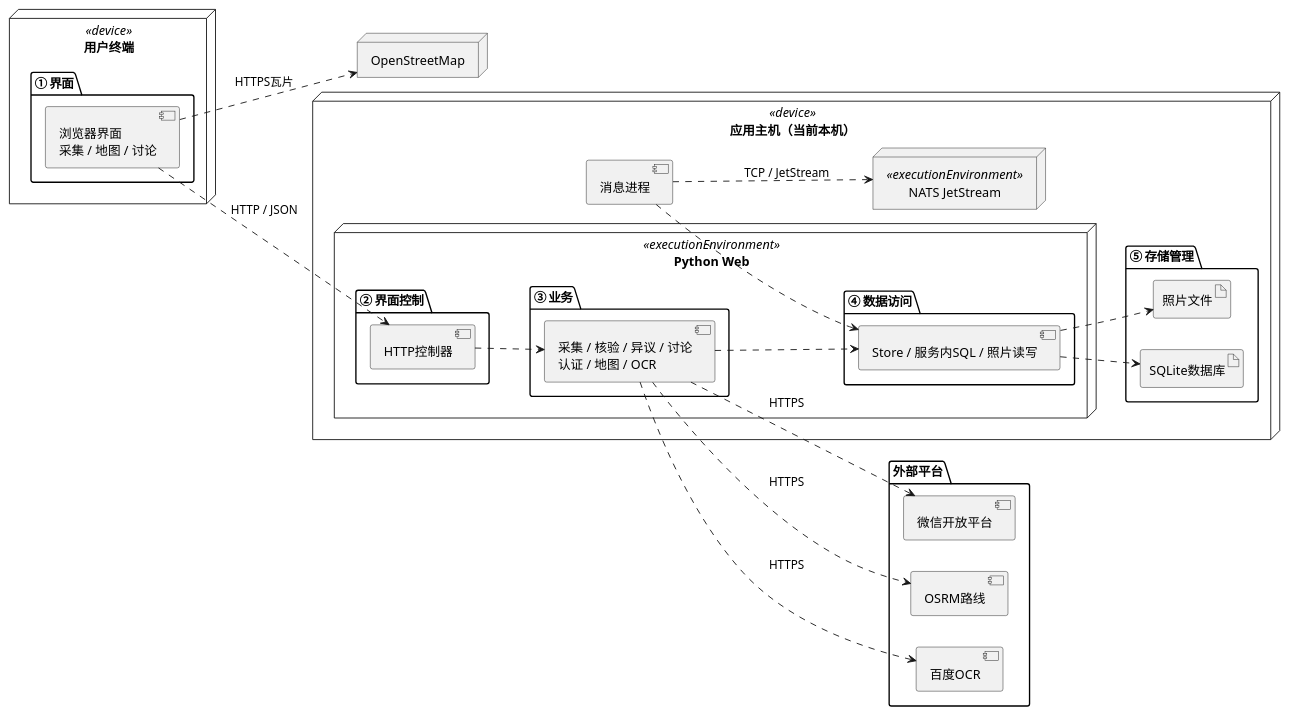
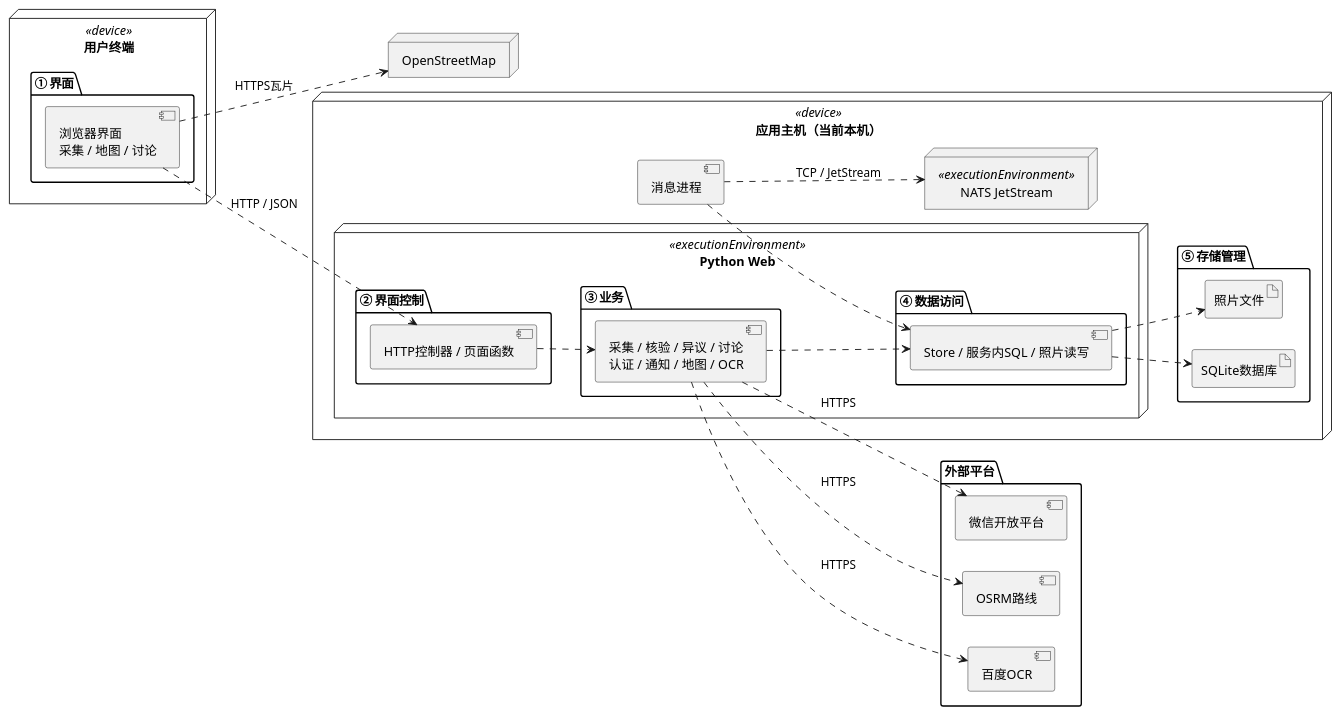
The diagram in docs/diagrams/system-components.puml (Florian-yang/mapqc-sadp-practice), drawn with PlantUML before and after one commit. The commit also changed 33 other files, not shown here.

```diff
--- a/docs/diagrams/system-components.puml
+++ b/docs/diagrams/system-components.puml
@@ -1,47 +1,47 @@
 @startuml
 skinparam componentStyle uml2
 skinparam shadowing false
 skinparam defaultFontName Microsoft YaHei
 left to right direction
 node "用户终端" <<device>> {
   package "① 界面" {
     component "浏览器界面\n采集 / 地图 / 讨论" as UI
   }
 }
 node "应用主机（当前本机）" <<device>> {
   node "Python Web" <<executionEnvironment>> {
     package "② 界面控制" {
-      component "HTTP控制器" as HTTP
+      component "HTTP控制器 / 页面函数" as HTTP
     }
     package "③ 业务" {
-      component "采集 / 核验 / 异议 / 讨论\n认证 / 地图 / OCR" as Business
+      component "采集 / 核验 / 异议 / 讨论\n认证 / 通知 / 地图 / OCR" as Business
     }
     package "④ 数据访问" {
       component "Store / 服务内SQL / 照片读写" as Access
     }
   }
   component "消息进程" as Msg
   node "NATS JetStream" <<executionEnvironment>> as MQ
   package "⑤ 存储管理" {
     artifact "SQLite数据库" as DB
     artifact "照片文件" as Photo
   }
 }
 package "外部平台" {
   component "微信开放平台" as WX
   component "OSRM路线" as OSRM
   component "百度OCR" as OCR
 }
 node "OpenStreetMap" as OSM
 UI ..> HTTP : HTTP / JSON
 UI ..> OSM : HTTPS瓦片
 HTTP ..> Business
 Business ..> Access
 Business ..> WX : HTTPS
 Business ..> OSRM : HTTPS
 Business ..> OCR : HTTPS
 Access ..> DB
 Access ..> Photo
 Msg ..> Access
 Msg ..> MQ : TCP / JetStream
 @enduml
```
